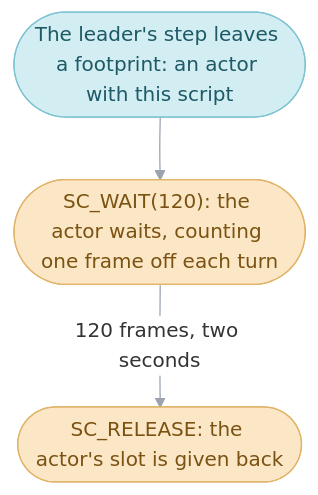
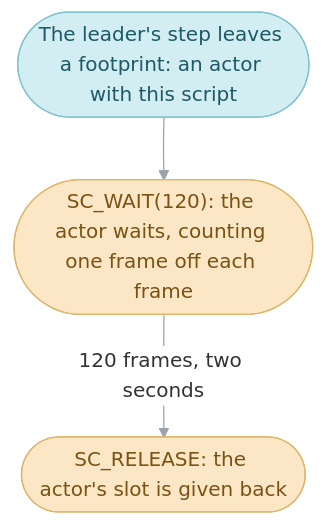
One commit to PascalPixel/alchemy changed the eighth of 9 diagrams in games/tbs/README.md. Above: the diagram before and after it, drawn with Mermaid. The commit also changed other lines of this file and 1 other file, not shown here.

````diff
--- a/games/tbs/README.md
+++ b/games/tbs/README.md
@@ -561,10 +561,10 @@
 ```mermaid
 %%{init: {"theme": "base", "themeVariables": {"lineColor": "#9AA3AE", "edgeLabelBackground": "#FFFFFF"}, "flowchart": {"curve": "basis", "padding": 12}}}%%
 flowchart TD
-  start(["The leader's step leaves a footprint: an actor with this script"]) --> wait(["SC_WAIT(120): the actor waits, counting one frame off each turn"])
+  start(["The leader's step leaves a footprint: an actor with this script"]) --> wait(["SC_WAIT(120): the actor waits, counting one frame off each frame"])
   wait -- "120 frames, two seconds" --> release(["SC_RELEASE: the actor's slot is given back"])
   classDef sequence fill:#D2EEF3,stroke:#7FC3D0,color:#1E5966
   classDef frame fill:#FBE7C6,stroke:#E0B46A,color:#7A5212
   class start sequence
   class wait,release frame
 ```
````
